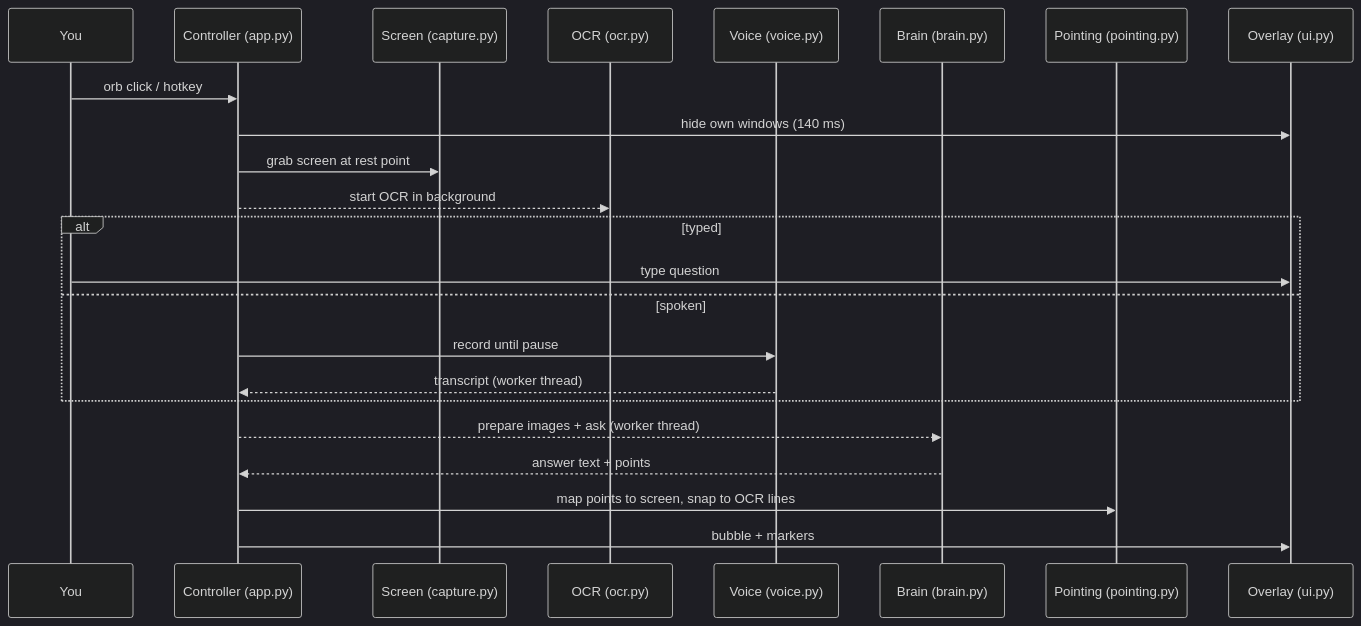
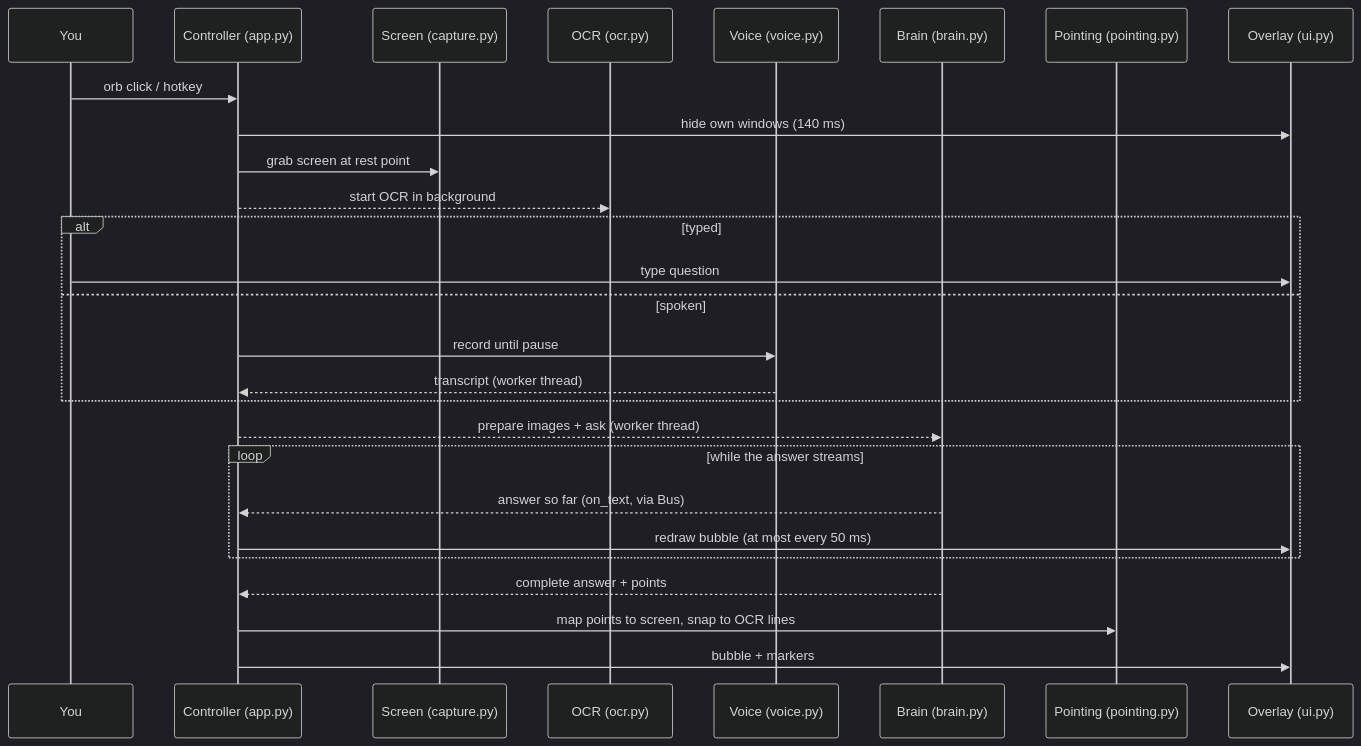
Before and after one commit to amoghdprasanna/marginalia: the diagram in docs/architecture.md, drawn with Mermaid (dark theme). The commit also changed other lines of this file and 3 other files, not shown here.

First line of the commit message:
docs: stage 2 progress, streaming in architecture; ci: check wheel contents

````diff
--- a/docs/architecture.md
+++ b/docs/architecture.md
@@ -8,26 +8,30 @@
 ```mermaid
 sequenceDiagram
     participant U as You
     participant C as Controller (app.py)
     participant S as Screen (capture.py)
     participant O as OCR (ocr.py)
     participant V as Voice (voice.py)
     participant B as Brain (brain.py)
     participant P as Pointing (pointing.py)
     participant UI as Overlay (ui.py)
 
     U->>C: orb click / hotkey
     C->>UI: hide own windows (140 ms)
     C->>S: grab screen at rest point
     C-->>O: start OCR in background
     alt typed
         U->>UI: type question
     else spoken
         C->>V: record until pause
         V-->>C: transcript (worker thread)
     end
     C-->>B: prepare images + ask (worker thread)
-    B-->>C: answer text + points
+    loop while the answer streams
+        B-->>C: answer so far (on_text, via Bus)
+        C->>UI: redraw bubble (at most every 50 ms)
+    end
+    B-->>C: complete answer + points
     C->>P: map points to screen, snap to OCR lines
     C->>UI: bubble + markers
 ```
````
